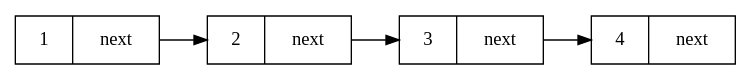
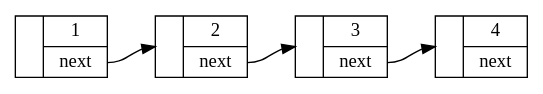
One commit to jgsogo/eda changed the diagram in slides/tad/lista-simple.dot. Above: the diagram before and after it, drawn with Graphviz.

Commit message:
align nodes

```diff
--- a/slides/tad/lista-simple.dot
+++ b/slides/tad/lista-simple.dot
@@ -1,14 +1,18 @@
 digraph structs {
     nodesep=.05;
     rankdir=LR;
     
-    node [shape=record, width = 1.5];
-    node1 [label="{<n> 1 |<p> next }"];
-    node2 [label="{<n> 2 |<p> next }"];
-    node3 [label="{<n> 3 |<p> next }"];
-    node4 [label="{<n> 4 |<p> next }"];
+    node [shape=record, width = .5];
+    node1 [label="{<m> |{<d> 1 |<n> next }}"];
+    node2 [label="{<m> |{<d> 2 |<n> next }}"];
+    node3 [label="{<m> |{<d> 3 |<n> next }}"];
+    node4 [label="{<m> |{<d> 4 |<n> next }}"];
 
-    node1:p -> node2:n;
-    node2:p -> node3:n;
-    node3:p -> node4:n;
+    node1 -> node2 [ style = invis, weight= 10 ];
+    node2 -> node3 [ style = invis, weight= 10 ];
+    node3 -> node4 [ style = invis, weight= 10 ];
+
+    node1:n -> node2:m;
+    node2:n -> node3:m;
+    node3:n -> node4:m;
 }
```
